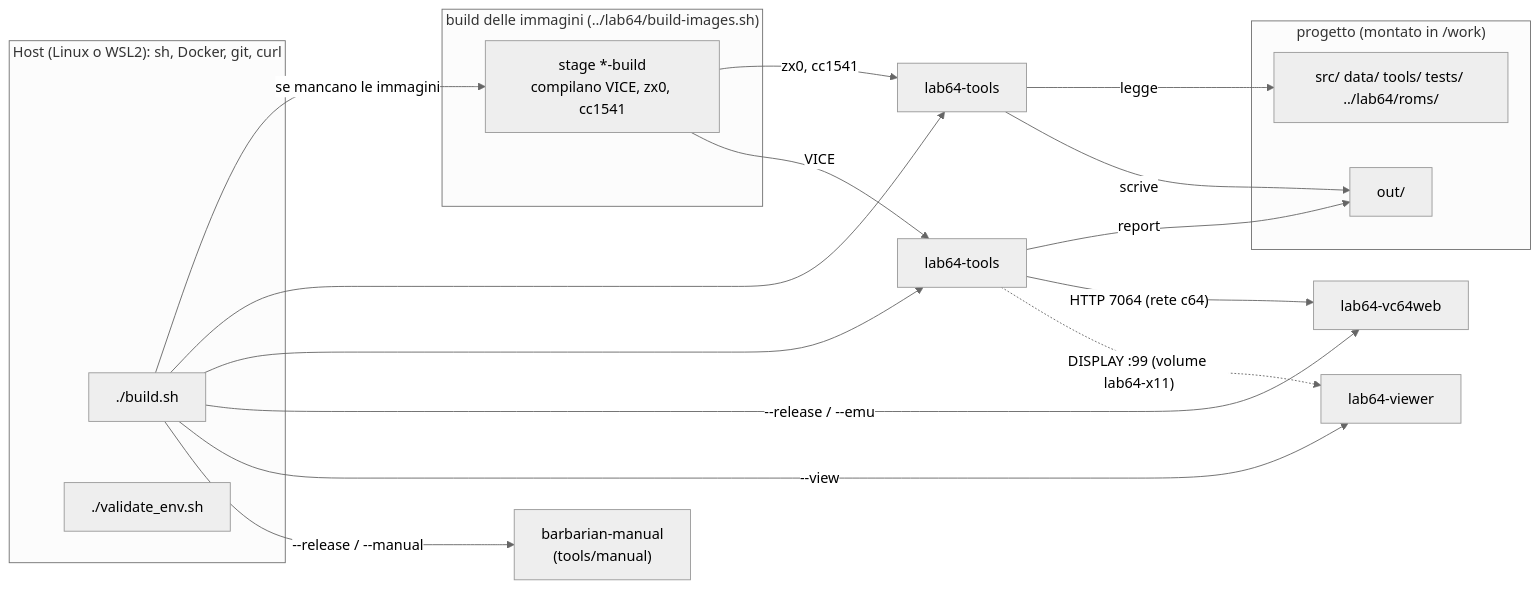
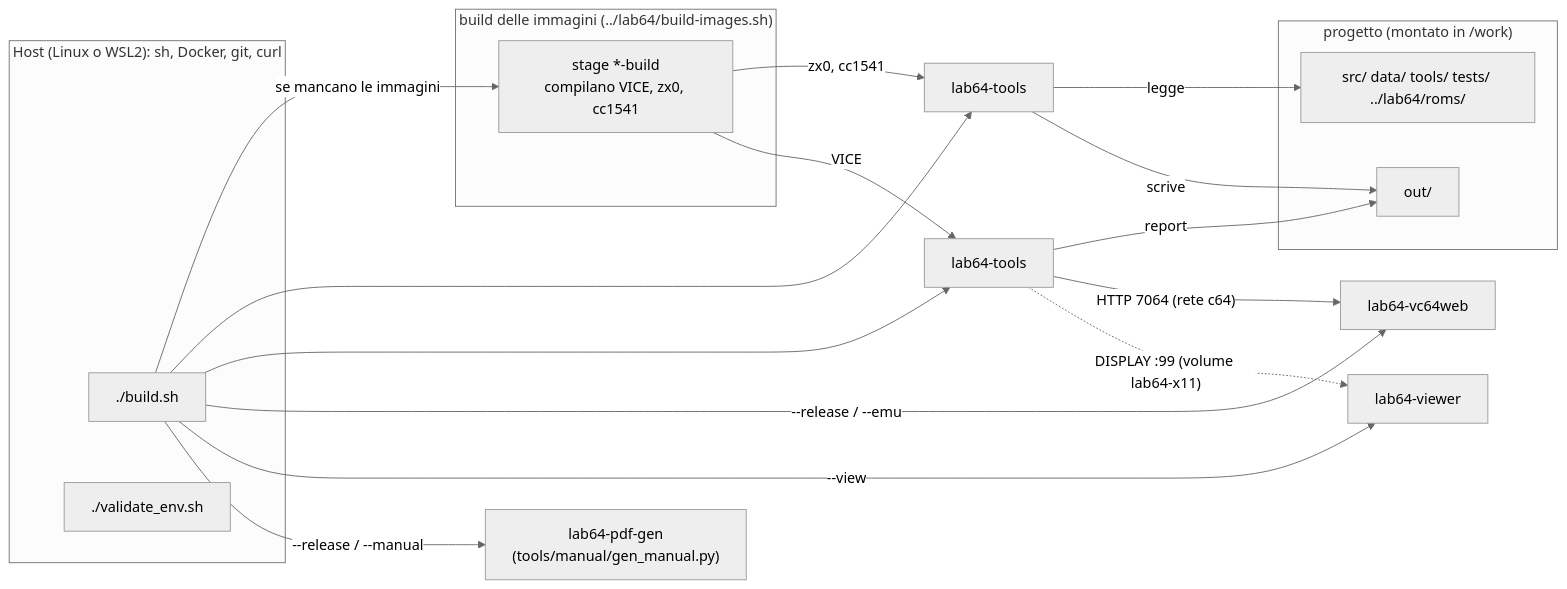
One commit to caporalesimone/barbarian-the-blood-path changed the first of 3 diagrams in docs/getting-started.md. Above: the diagram before and after it, drawn with Mermaid (neutral theme). The commit also changed other lines of this file and 18 other files, not shown here.

````diff
--- a/docs/getting-started.md
+++ b/docs/getting-started.md
@@ -66,27 +74,27 @@
 ```mermaid
 flowchart LR
   subgraph host["Host (Linux o WSL2): sh, Docker, git, curl"]
     B["./build.sh"]
     V["./validate_env.sh"]
   end
   subgraph img["build delle immagini (../lab64/build-images.sh)"]
     TB["stage *-build<br/>compilano VICE, zx0, cc1541"]
   end
   subgraph proj["progetto (montato in /work)"]
     SRC["src/ data/ tools/ tests/ ../lab64/roms/"]
     OUT["out/"]
   end
   B -->|"se mancano le immagini"| TB
   TB -->|"zx0, cc1541"| BL
   TB -->|"VICE"| EV
   B --> BL["lab64-tools"]
   B --> EV["lab64-tools"]
   B -->|"--release / --emu"| EW["lab64-vc64web"]
   B -->|"--view"| VW["lab64-viewer"]
-  B -->|"--release / --manual"| MA["barbarian-manual<br/>(tools/manual)"]
+  B -->|"--release / --manual"| MA["lab64-pdf-gen<br/>(tools/manual/gen_manual.py)"]
   BL -->|"legge"| SRC
   BL -->|"scrive"| OUT
   EV -->|"report"| OUT
   EV -->|"HTTP 7064 (rete c64)"| EW
   EV -.->|"DISPLAY :99 (volume lab64-x11)"| VW
 ```
````
